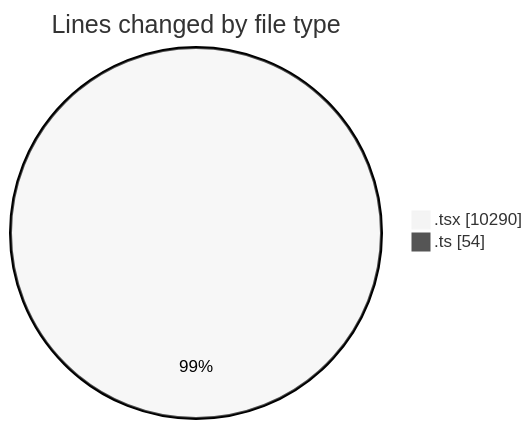
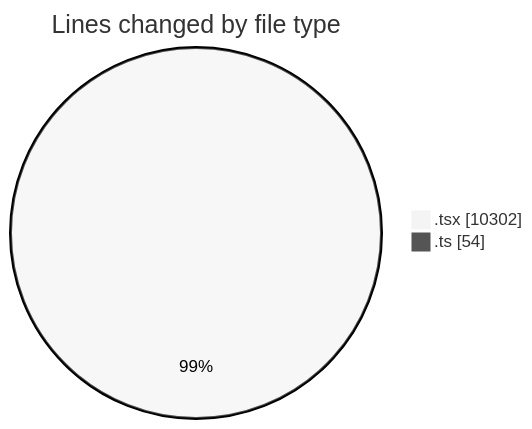
The first of 2 diagrams in 2026-03-05/nxtqube_webapp/README.md (nxtqubesakshisongat/code-tracking), drawn with Mermaid (neutral theme) before and after one commit. The commit also changed other lines of this file and 1 other file, not shown here.

````diff
--- a/2026-03-05/nxtqube_webapp/README.md
+++ b/2026-03-05/nxtqube_webapp/README.md
@@ -34,6 +34,6 @@
 ```mermaid
 pie showData
 title Lines changed by file type
-".tsx" : 10290
+".tsx" : 10302
 ".ts" : 54
 ```
````
